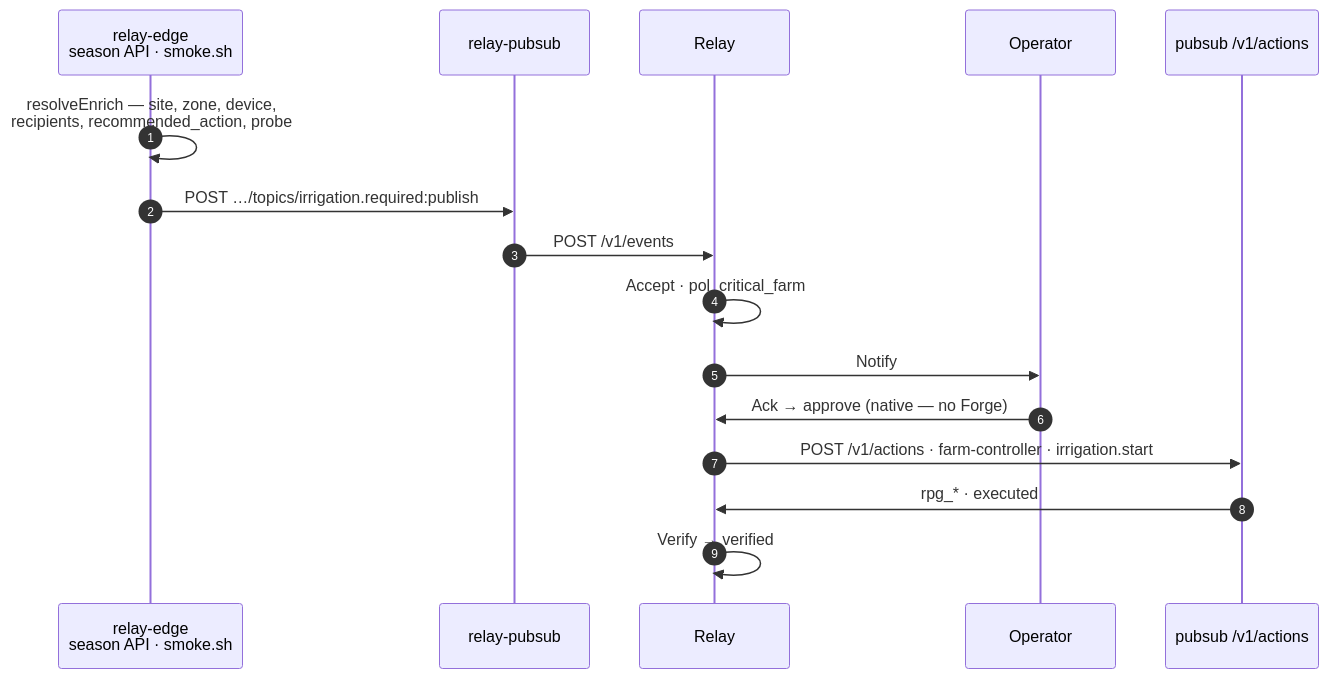
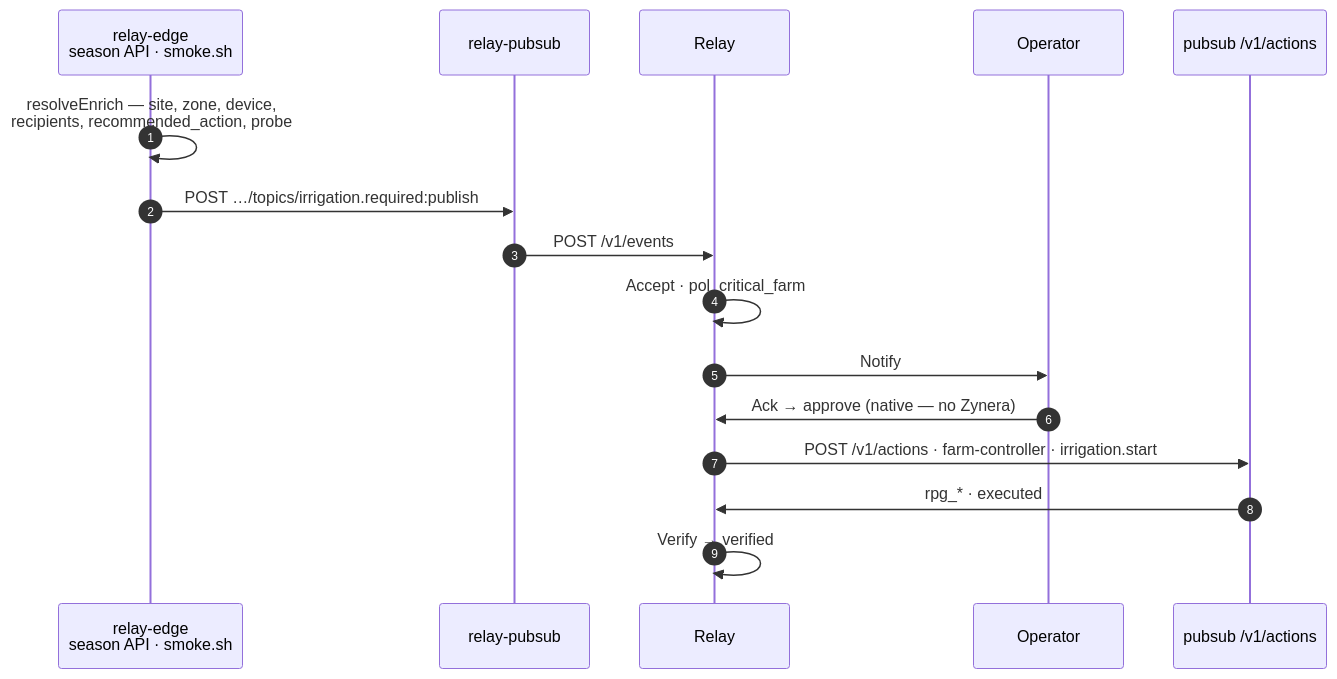
Before and after one commit to zyvorai/relay-edge: the third of 8 diagrams in docs/INTEGRATION.md, drawn with Mermaid. The commit also changed other lines of this file and 21 other files, not shown here.

````diff
--- a/docs/INTEGRATION.md
+++ b/docs/INTEGRATION.md
@@ -143,19 +143,19 @@
 ```mermaid
 sequenceDiagram
   autonumber
   participant UI as relay-edge<br/>season API · smoke.sh
   participant PS as relay-pubsub
   participant R as Relay
   participant OP as Operator
   participant AG as pubsub /v1/actions
 
   UI->>UI: resolveEnrich — site, zone, device,<br/>recipients, recommended_action, probe
   UI->>PS: POST …/topics/irrigation.required:publish
   PS->>R: POST /v1/events
   R->>R: Accept · pol_critical_farm
   R->>OP: Notify
-  OP->>R: Ack → approve (native — no Forge)
+  OP->>R: Ack → approve (native — no Zynera)
   R->>AG: POST /v1/actions · farm-controller · irrigation.start
   AG->>R: rpg_* · executed
   R->>R: Verify → verified
 ```
````
